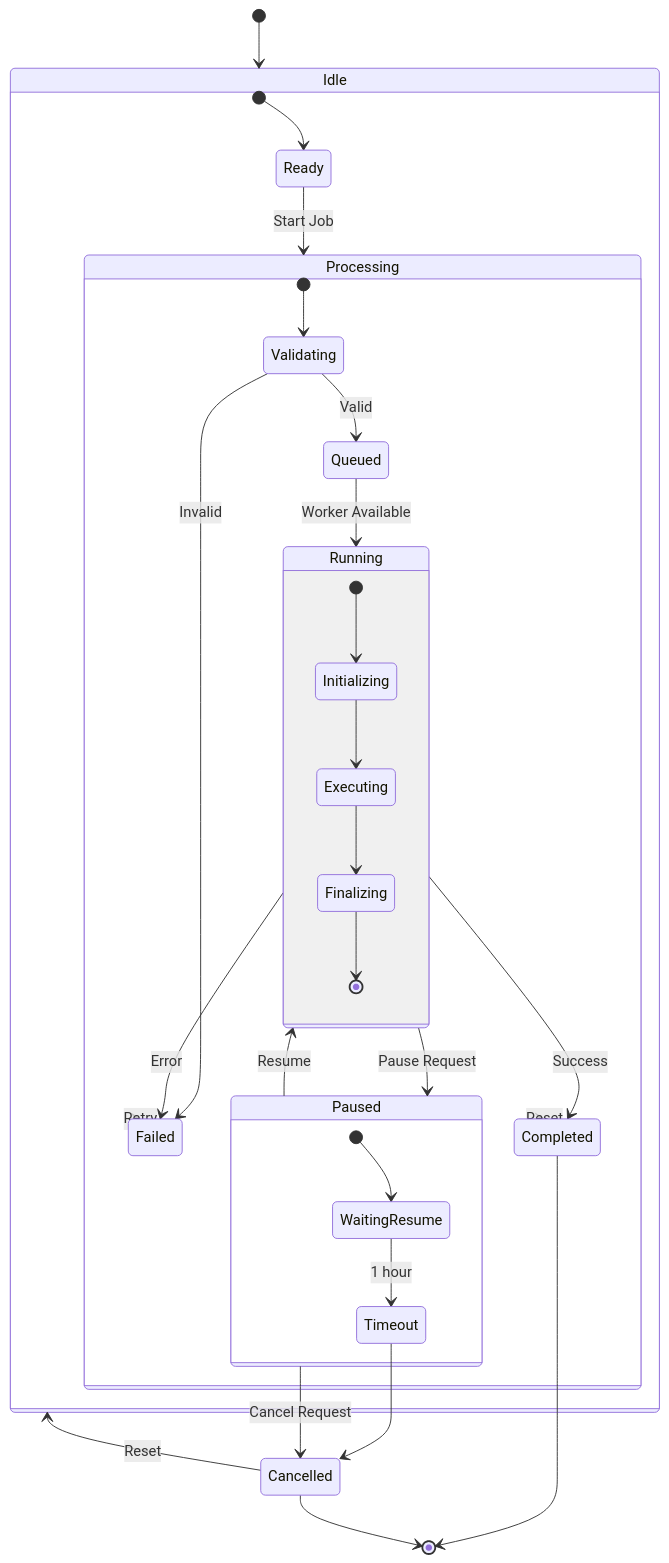
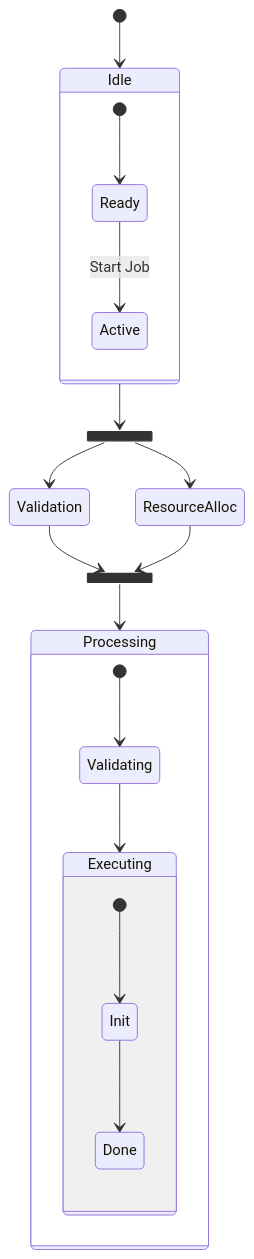
One commit to btucker/selkie changed the diagram in docs/sources/state_complex.mmd. Above: the diagram before and after it, drawn with Mermaid. The commit also changed 3 other files, not shown here.

First line of the commit message:
Fix recursion overflow in compound graph layout

```diff
--- a/docs/sources/state_complex.mmd
+++ b/docs/sources/state_complex.mmd
@@ -1,40 +1,32 @@
 stateDiagram-v2
+    %% State diagram with composite states, fork/join, and nested composites
+    direction TB
+
     [*] --> Idle
 
     state Idle {
         [*] --> Ready
-        Ready --> Processing: Start Job
+        Ready --> Active: Start Job
     }
+
+    %% Fork and join for parallel processing
+    state fork_state <<fork>>
+    state join_state <<join>>
+
+    Idle --> fork_state
+    fork_state --> Validation
+    fork_state --> ResourceAlloc
+
+    Validation --> join_state
+    ResourceAlloc --> join_state
+    join_state --> Processing
 
     state Processing {
         [*] --> Validating
-        Validating --> Queued: Valid
-        Validating --> Failed: Invalid
-        Queued --> Running: Worker Available
-        Running --> Completed: Success
-        Running --> Failed: Error
-        Running --> Paused: Pause Request
+        Validating --> Executing
 
-        state Running {
-            [*] --> Initializing
-            Initializing --> Executing
-            Executing --> Finalizing
-            Finalizing --> [*]
+        state Executing {
+            [*] --> Init
+            Init --> Done
         }
     }
-
-    state Paused {
-        [*] --> WaitingResume
-        WaitingResume --> Timeout: 1 hour
-    }
-
-    Paused --> Running: Resume
-    Paused --> Cancelled: Cancel Request
-    Timeout --> Cancelled
-
-    Completed --> Idle: Reset
-    Failed --> Idle: Retry
-    Cancelled --> Idle: Reset
-
-    Completed --> [*]
-    Cancelled --> [*]
```
